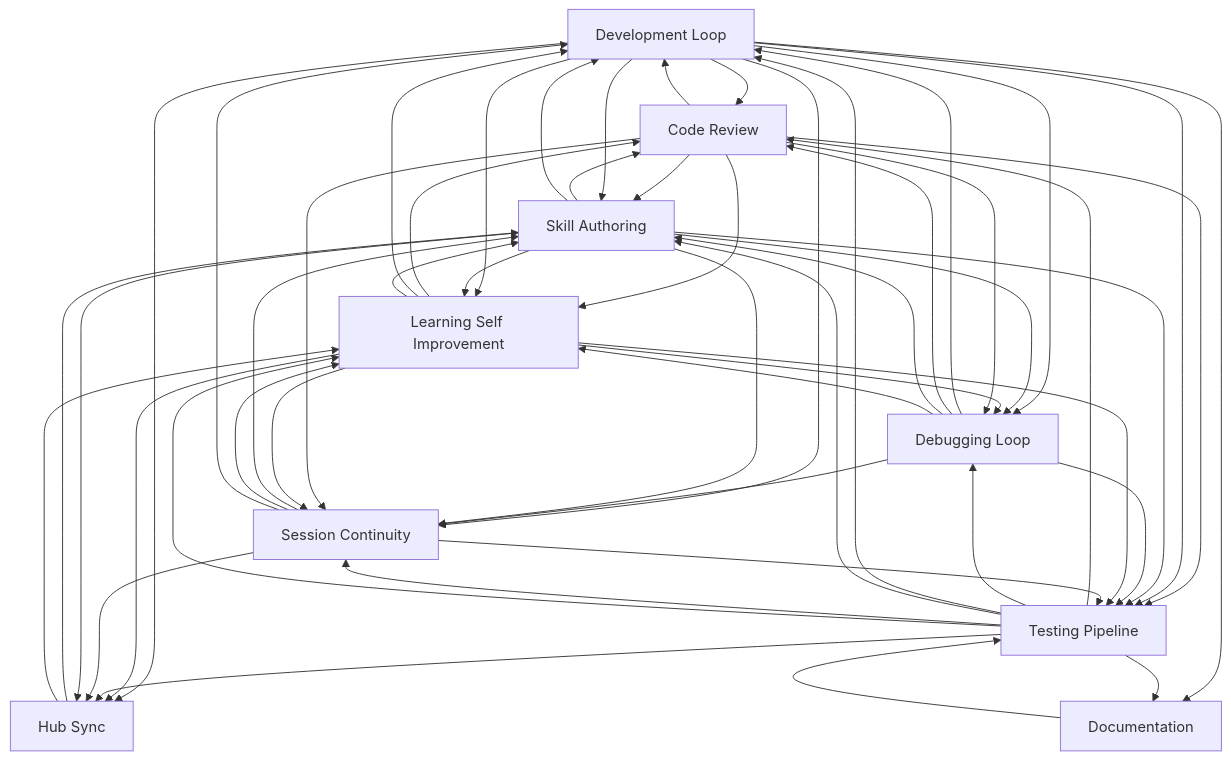
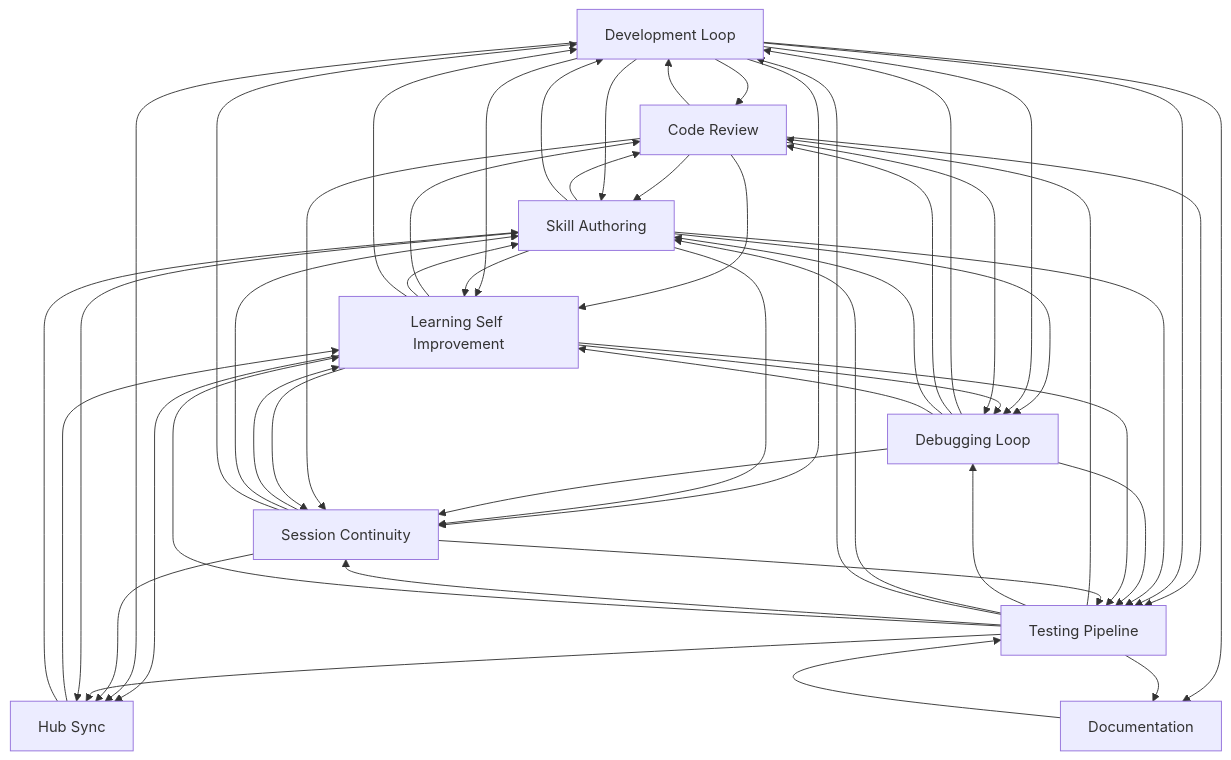
Before and after one commit to abhayla/claude-best-practices: the diagram in docs/workflows/INDEX.md, drawn with Mermaid. The commit also changed other lines of this file and 11 other files, not shown here.

````diff
--- a/docs/workflows/INDEX.md
+++ b/docs/workflows/INDEX.md
@@ -21,62 +21,62 @@
 ```mermaid
 graph TD
     development_loop[Development Loop]
     testing_pipeline[Testing Pipeline]
     debugging_loop[Debugging Loop]
     learning_self_improvement[Learning Self Improvement]
     session_continuity[Session Continuity]
     skill_authoring[Skill Authoring]
     code_review[Code Review]
     documentation[Documentation]
     hub_sync[Hub Sync]
     documentation --> testing_pipeline
     code_review --> skill_authoring
     code_review --> development_loop
     development_loop --> code_review
     development_loop --> skill_authoring
     code_review --> learning_self_improvement
     code_review --> testing_pipeline
     development_loop --> learning_self_improvement
     development_loop --> testing_pipeline
     testing_pipeline --> code_review
     testing_pipeline --> debugging_loop
+    testing_pipeline --> skill_authoring
     testing_pipeline --> development_loop
-    testing_pipeline --> skill_authoring
     skill_authoring --> code_review
     skill_authoring --> development_loop
     skill_authoring --> learning_self_improvement
     skill_authoring --> testing_pipeline
     development_loop --> session_continuity
+    skill_authoring --> session_continuity
     debugging_loop --> development_loop
     debugging_loop --> session_continuity
     testing_pipeline --> session_continuity
-    skill_authoring --> session_continuity
+    skill_authoring --> debugging_loop
+    development_loop --> debugging_loop
     debugging_loop --> code_review
     debugging_loop --> skill_authoring
     debugging_loop --> testing_pipeline
-    development_loop --> debugging_loop
-    skill_authoring --> debugging_loop
     debugging_loop --> learning_self_improvement
     testing_pipeline --> learning_self_improvement
     learning_self_improvement --> code_review
+    learning_self_improvement --> skill_authoring
+    learning_self_improvement --> development_loop
     learning_self_improvement --> debugging_loop
-    learning_self_improvement --> development_loop
-    learning_self_improvement --> skill_authoring
     learning_self_improvement --> testing_pipeline
     code_review --> debugging_loop
     code_review --> session_continuity
     learning_self_improvement --> session_continuity
+    learning_self_improvement --> hub_sync
     development_loop --> hub_sync
-    learning_self_improvement --> hub_sync
+    session_continuity --> learning_self_improvement
+    session_continuity --> skill_authoring
+    session_continuity --> hub_sync
     testing_pipeline --> hub_sync
-    session_continuity --> skill_authoring
-    session_continuity --> learning_self_improvement
-    session_continuity --> hub_sync
     development_loop --> documentation
     testing_pipeline --> documentation
     session_continuity --> development_loop
     session_continuity --> testing_pipeline
     skill_authoring --> hub_sync
+    hub_sync --> learning_self_improvement
     hub_sync --> skill_authoring
-    hub_sync --> learning_self_improvement
 ```
````
